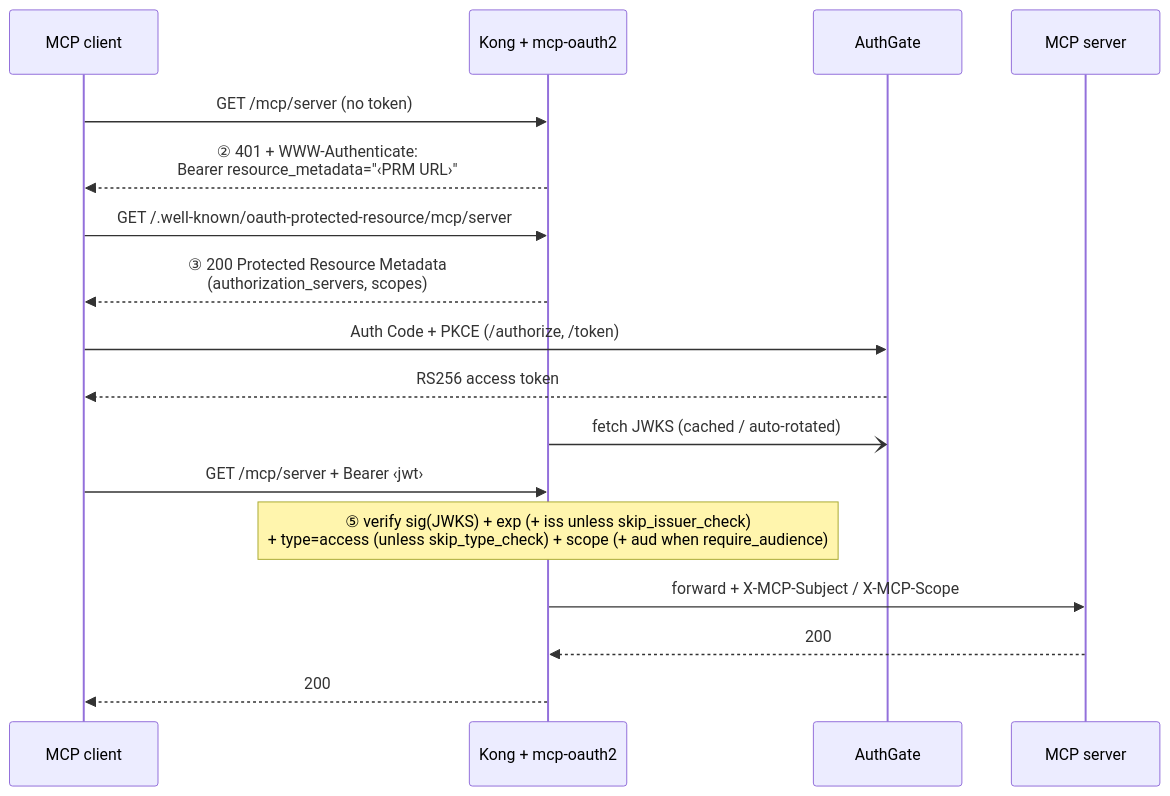
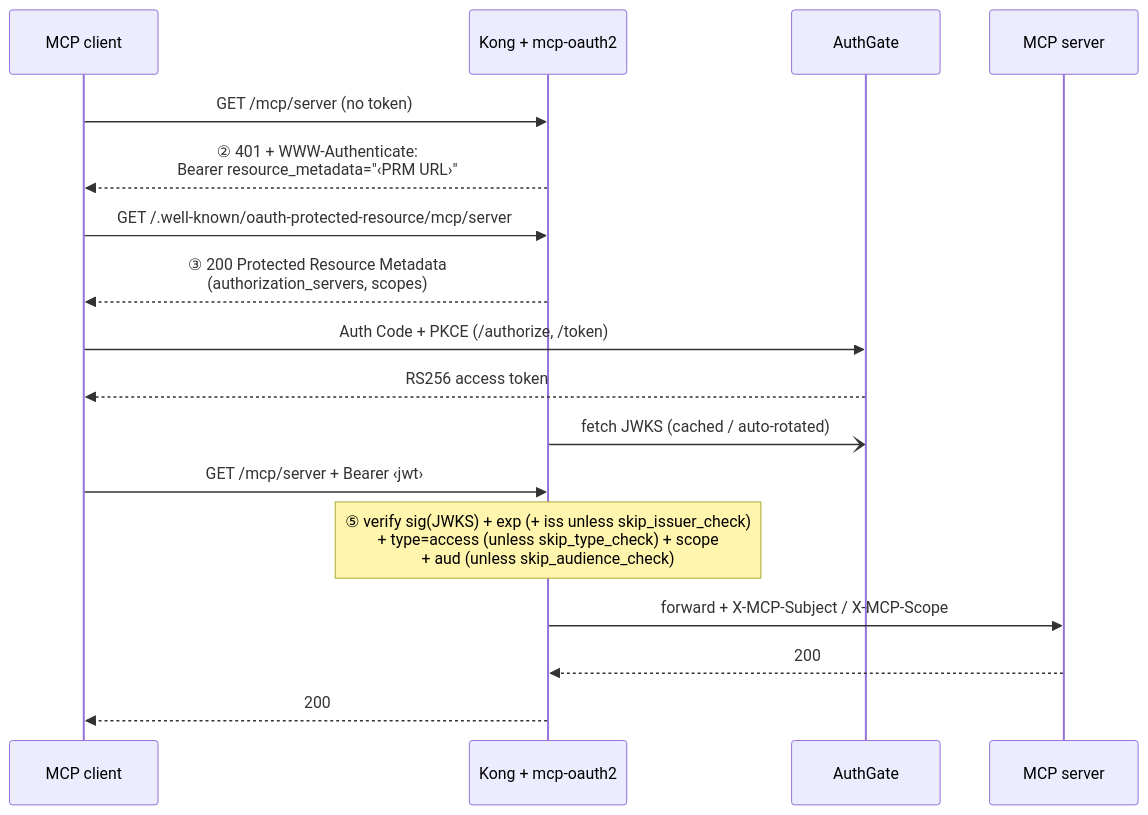
Before and after one commit to go-authgate/kong-mcp-oauth2: the second of 2 diagrams in README.md, drawn with Mermaid. The commit also changed other lines of this file and 10 other files, not shown here.

````diff
--- a/README.md
+++ b/README.md
@@ -59,20 +59,20 @@
 ```mermaid
 sequenceDiagram
     participant C as MCP client
     participant K as Kong + mcp-oauth2
     participant A as AuthGate
     participant M as MCP server
 
     C->>K: GET /mcp/server (no token)
     K-->>C: ② 401 + WWW-Authenticate:<br/>Bearer resource_metadata="‹PRM URL›"
     C->>K: GET /.well-known/oauth-protected-resource/mcp/server
     K-->>C: ③ 200 Protected Resource Metadata<br/>(authorization_servers, scopes)
     C->>A: Auth Code + PKCE (/authorize, /token)
     A-->>C: RS256 access token
     K-)A: fetch JWKS (cached / auto-rotated)
     C->>K: GET /mcp/server + Bearer ‹jwt›
-    Note over K: ⑤ verify sig(JWKS) + exp (+ iss unless skip_issuer_check)<br/>+ type=access (unless skip_type_check) + scope (+ aud when require_audience)
+    Note over K: ⑤ verify sig(JWKS) + exp (+ iss unless skip_issuer_check)<br/>+ type=access (unless skip_type_check) + scope<br/>+ aud (unless skip_audience_check)
     K->>M: forward + X-MCP-Subject / X-MCP-Scope
     M-->>K: 200
     K-->>C: 200
 ```
````
